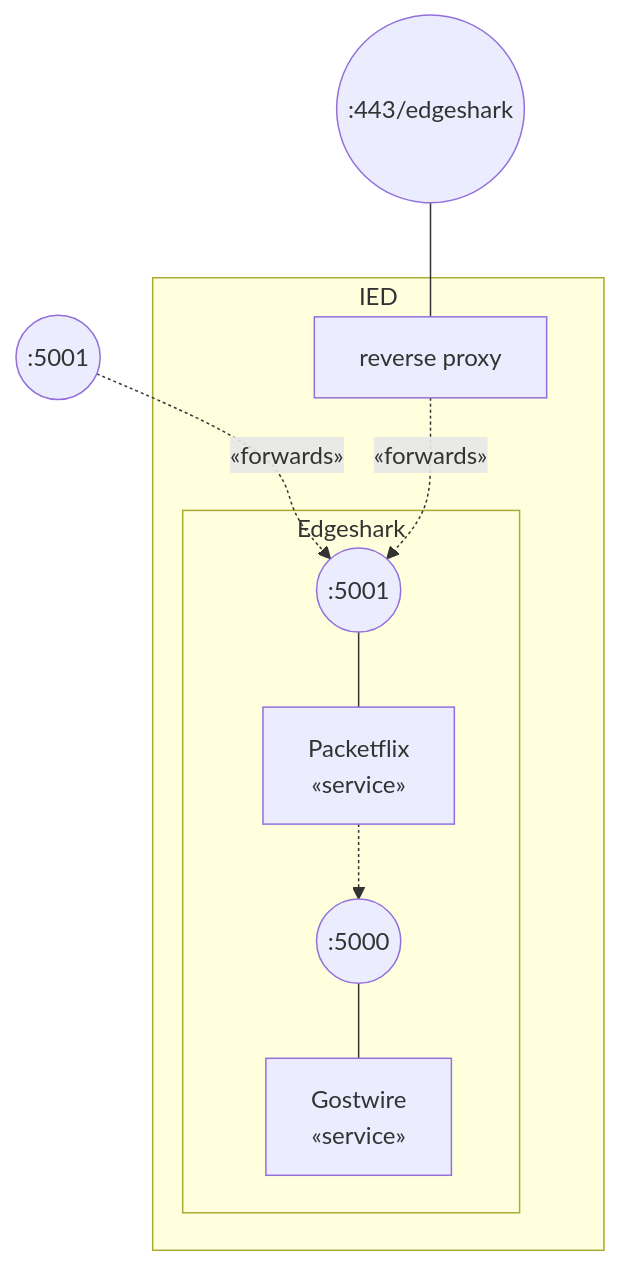
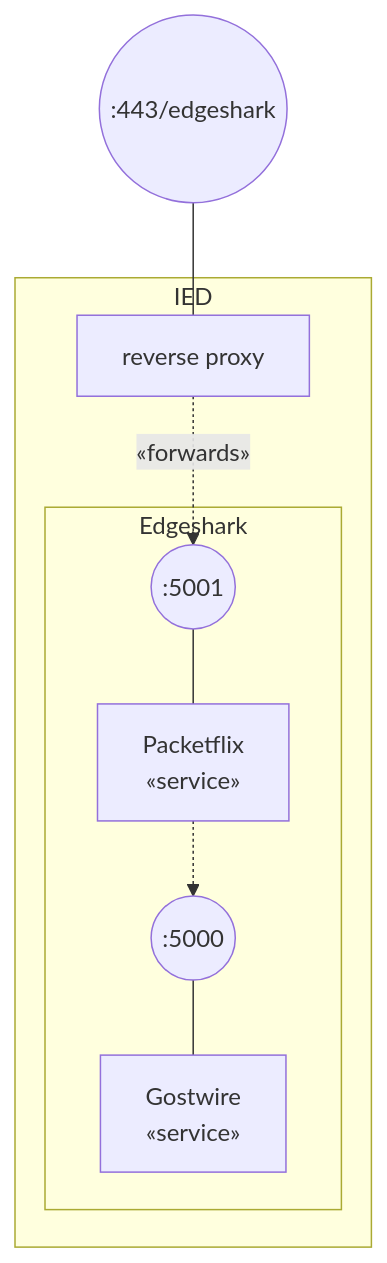
The diagram in docs/getting-started.md (siemens/edgeshark), drawn with Mermaid before and after one commit. The commit also changed other lines of this file and 9 other files, not shown here.

````diff
--- a/docs/getting-started.md
+++ b/docs/getting-started.md
@@ -127,23 +128,21 @@
 ```mermaid
 flowchart TB
     proxyport((":443/edgeshark"))
-    hostport((":5001"))
 
     subgraph ied["IED"]
         subgraph edgeshark["Edgeshark"]
             pfport((":5001"))
             packetflix["Packetflix<br/>«service»"]
             gwport((":5000"))
             gostwire["Gostwire<br/>«service»"]
 
             pfport --- packetflix
             packetflix -.-> gwport
             gwport --- gostwire
         end
         rp["reverse proxy"]
     end
 
-    hostport -. "«forwards»" .-> pfport
     proxyport --- rp
     rp -. "«forwards»" .-> pfport
 ```
````
